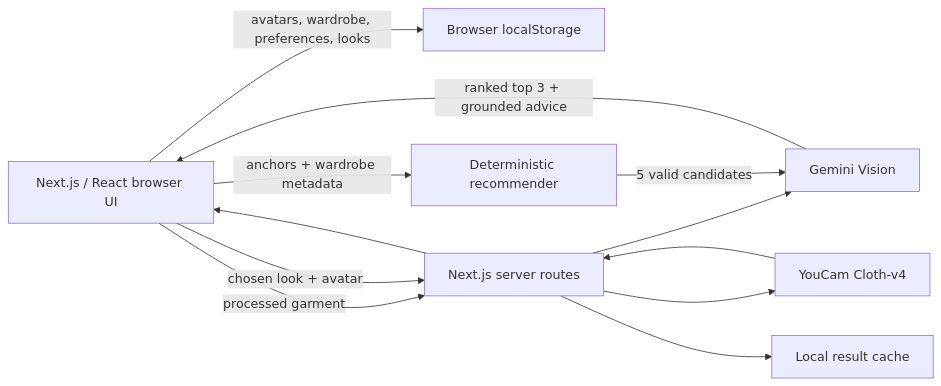
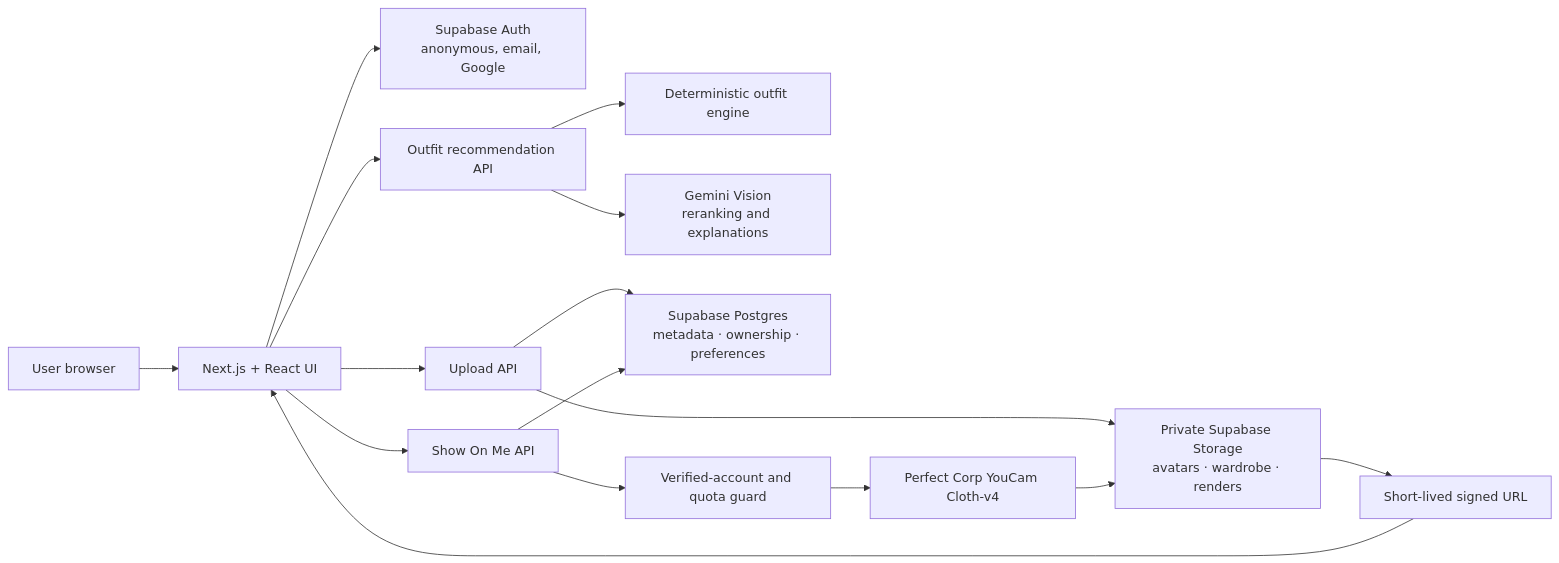
The diagram in README.md (aposalik/TheLook), drawn with Mermaid before and after one commit. The commit also changed other lines of this file, not shown here.

````diff
--- a/README.md
+++ b/README.md
@@ -43,22 +58,20 @@
 ```mermaid
 flowchart LR
-  Browser[Next.js / React browser UI]
-  Storage[Browser localStorage]
-  Recommend[Deterministic recommender]
-  Gemini[Gemini Vision]
-  API[Next.js server routes]
-  YouCam[YouCam Cloth-v4]
-  Cache[Local result cache]
+  U[User browser] --> UI[Next.js + React UI]
+  UI --> AUTH[Supabase Auth\nanonymous, email, Google]
+  UI --> REC[Outfit recommendation API]
+  REC --> RULES[Deterministic outfit engine]
+  REC --> GEM[Gemini Vision\nreranking and explanations]
 
-  Browser -->|avatars, wardrobe, preferences, looks| Storage
-  Browser -->|processed garment| API
-  API --> Gemini
-  Browser -->|anchors + wardrobe metadata| Recommend
-  Recommend -->|5 valid candidates| Gemini
-  Gemini -->|ranked top 3 + grounded advice| Browser
-  Browser -->|chosen look + avatar| API
-  API --> YouCam
-  YouCam --> API
-  API --> Cache
-  API --> Browser
+  UI --> UPLOAD[Upload API]
+  UPLOAD --> STORE[Private Supabase Storage\navatars · wardrobe · renders]
+  UPLOAD --> DB[Supabase Postgres\nmetadata · ownership · preferences]
+
+  UI --> TRYON[Show On Me API]
+  TRYON --> GUARD[Verified-account and quota guard]
+  GUARD --> YOUCAM[Perfect Corp YouCam Cloth-v4]
+  YOUCAM --> STORE
+  TRYON --> DB
+  STORE --> SIGNED[Short-lived signed URL]
+  SIGNED --> UI
 ```
````
